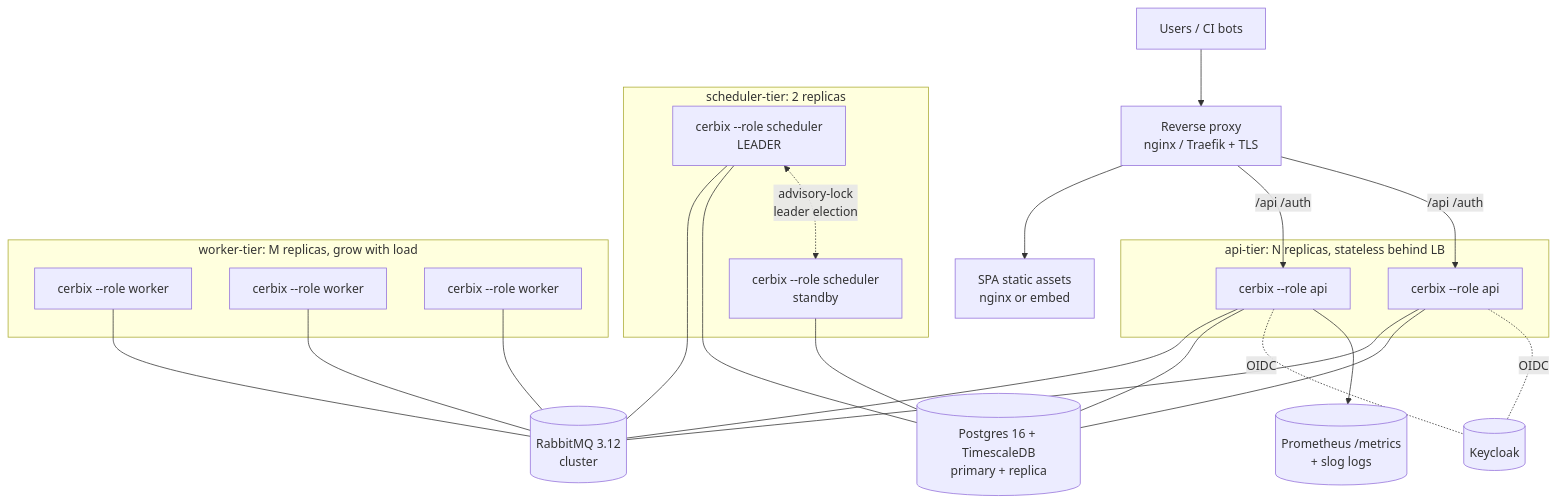
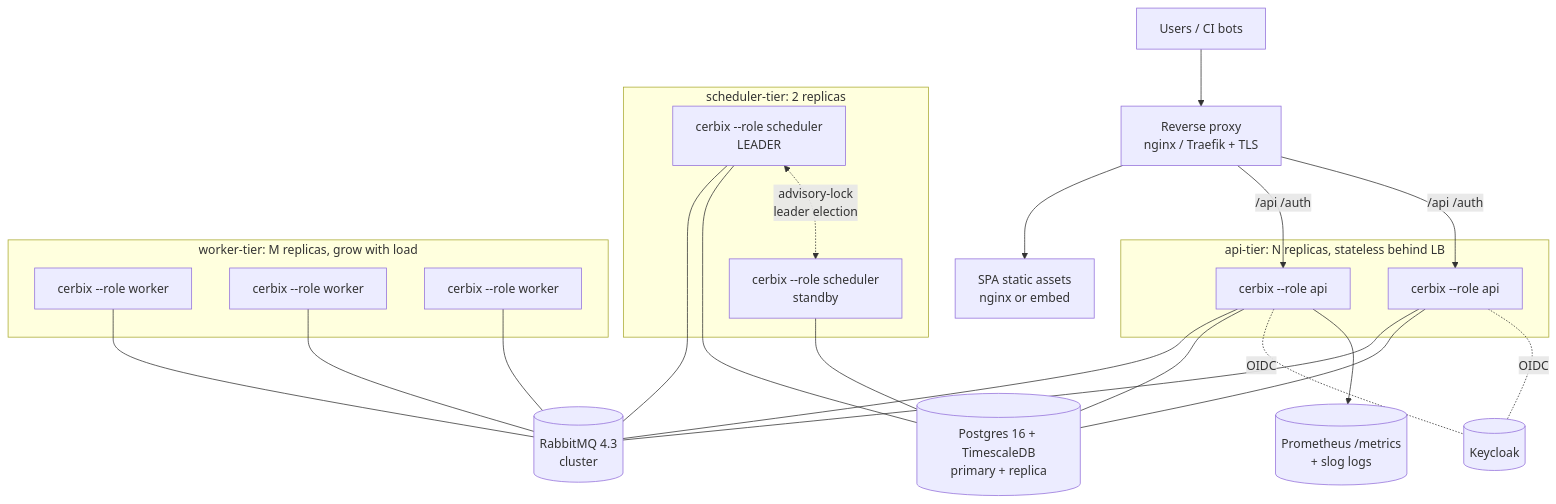
One commit to teamlead-com/cerbix changed the second of 3 diagrams in docs/overview.md. Above: the diagram before and after it, drawn with Mermaid. The commit also changed other lines of this file and 13 other files, not shown here.

````diff
--- a/docs/overview.md
+++ b/docs/overview.md
@@ -195,30 +196,30 @@
 ```mermaid
 flowchart TB
   U[Users / CI bots] --> LB[Reverse proxy<br/>nginx / Traefik + TLS]
   LB --> FE[SPA static assets<br/>nginx or embed]
   LB -->|/api /auth| API1
   LB -->|/api /auth| API2
 
   subgraph apis[api-tier: N replicas, stateless behind LB]
     API1[cerbix --role api]
     API2[cerbix --role api]
   end
 
   subgraph sch[scheduler-tier: 2 replicas]
     S1[cerbix --role scheduler<br/>LEADER]
     S2[cerbix --role scheduler<br/>standby]
   end
 
   subgraph wrk[worker-tier: M replicas, grow with load]
     W1[cerbix --role worker]
     W2[cerbix --role worker]
     W3[cerbix --role worker]
   end
 
-  API1 & API2 & S1 & W1 & W2 & W3 --- MQ[(RabbitMQ 3.12<br/>cluster)]
+  API1 & API2 & S1 & W1 & W2 & W3 --- MQ[(RabbitMQ 4.3<br/>cluster)]
   API1 & API2 & S1 & S2 --- PG[(Postgres 16 + TimescaleDB<br/>primary + replica)]
   API1 & API2 -. OIDC .- KC[(Keycloak)]
   S1 <-. advisory-lock<br/>leader election .-> S2
 
   API1 --> OBS[(Prometheus /metrics<br/>+ slog logs)]
 ```
````
